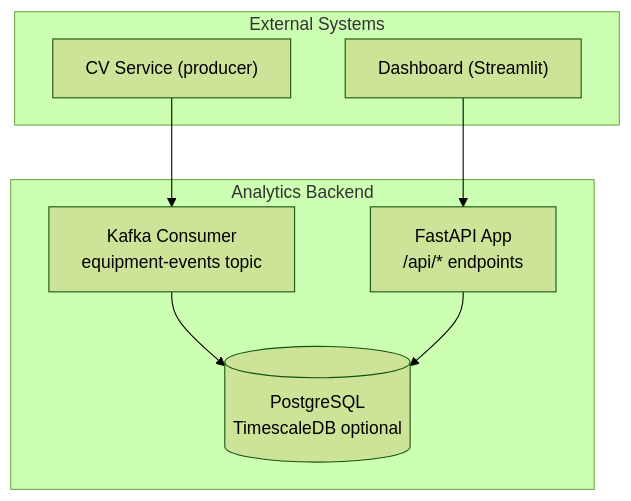
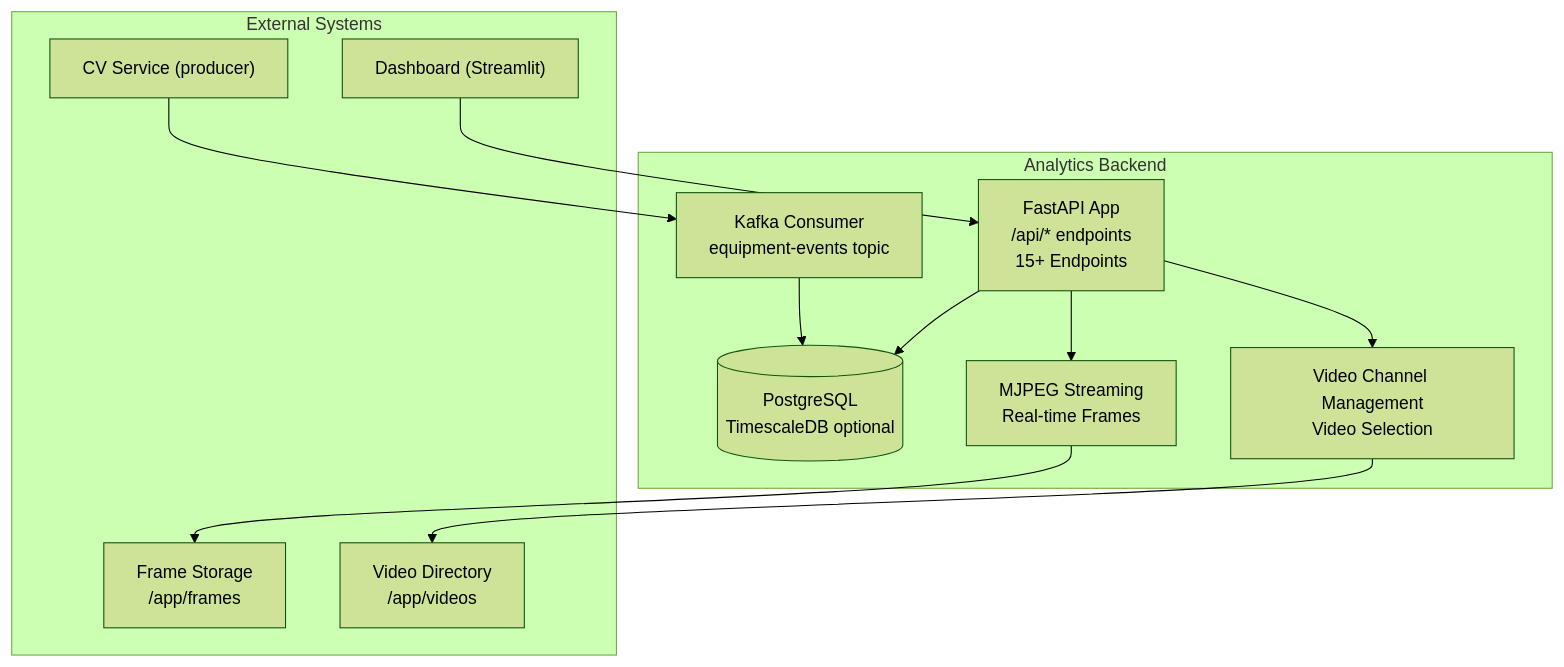
The first of 4 diagrams in .qoder/repowiki/en/content/API Reference.md (Azzoz-189/construction-equipment-monitoring), drawn with Mermaid (forest theme) before and after one commit. The commit also changed other lines of this file and 6 other files, not shown here.

````diff
--- a/.qoder/repowiki/en/content/API Reference.md
+++ b/.qoder/repowiki/en/content/API Reference.md
@@ -34,16 +50,24 @@
 ```mermaid
 graph TB
 subgraph "Analytics Backend"
-API["FastAPI App<br/>/api/* endpoints"]
+API["FastAPI App<br/>/api/* endpoints<br/>15+ Endpoints"]
 DB[("PostgreSQL<br/>TimescaleDB optional")]
 KFK["Kafka Consumer<br/>equipment-events topic"]
+STREAM["MJPEG Streaming<br/>Real-time Frames"]
+VIDEOS["Video Channel Management<br/>Video Selection"]
 end
 subgraph "External Systems"
 Dash["Dashboard (Streamlit)"]
 CV["CV Service (producer)"]
+FRAMES["Frame Storage<br/>/app/frames"]
+VIDEODIR["Video Directory<br/>/app/videos"]
 end
 CV --> KFK
 KFK --> DB
 API --> DB
+API --> STREAM
+API --> VIDEOS
+STREAM --> FRAMES
+VIDEOS --> VIDEODIR
 Dash --> API
 ```
````
